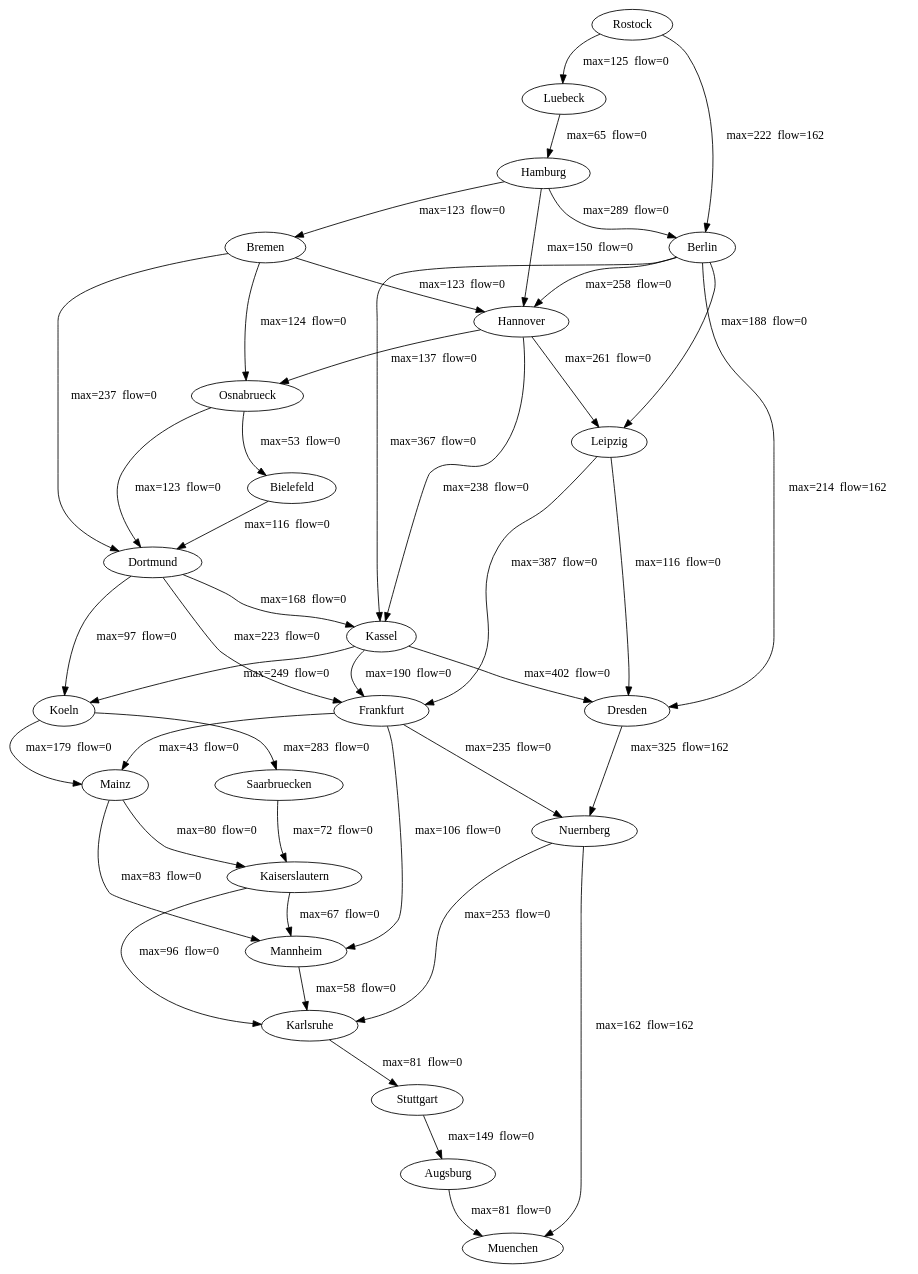
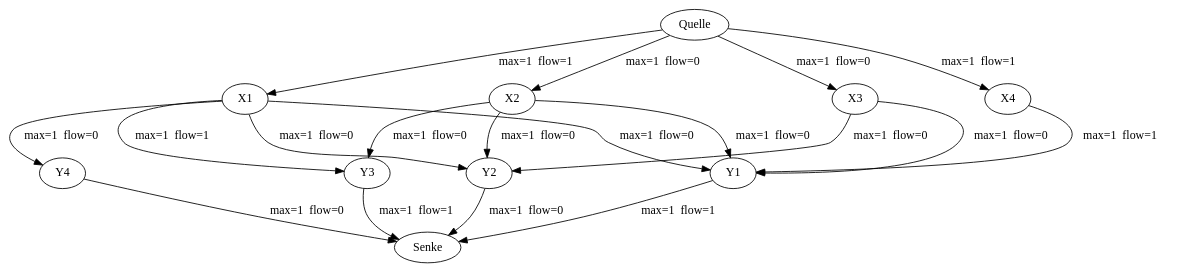
The diagram in zwischenausgabe.dot (MaxPower9001/B-AI3GKAP), drawn with Graphviz before and after one commit. The commit also changed 8 other files, not shown here.

```diff
--- a/zwischenausgabe.dot
+++ b/zwischenausgabe.dot
@@ -1,70 +1,31 @@
 digraph zwischenausgabe
 {
-Augsburg
-Muenchen
-Berlin
-Dresden
-Hannover
-Kassel
-Leipzig
-Bielefeld
-Dortmund
-Bremen
-Osnabrueck
-Frankfurt
-Koeln
-Nuernberg
-Mainz
-Mannheim
-Hamburg
-Kaiserslautern
-Karlsruhe
-Stuttgart
-Saarbruecken
-Luebeck
-Rostock
-Augsburg -> Muenchen [label="max=81  flow=0  "]
-Berlin -> Dresden [label="max=214  flow=162  "]
-Berlin -> Hannover [label="max=258  flow=0  "]
-Berlin -> Kassel [label="max=367  flow=0  "]
-Berlin -> Leipzig [label="max=188  flow=0  "]
-Dresden -> Nuernberg [label="max=325  flow=162  "]
-Hannover -> Kassel [label="max=238  flow=0  "]
-Hannover -> Leipzig [label="max=261  flow=0  "]
-Hannover -> Osnabrueck [label="max=137  flow=0  "]
-Kassel -> Dresden [label="max=402  flow=0  "]
-Kassel -> Frankfurt [label="max=190  flow=0  "]
-Kassel -> Koeln [label="max=249  flow=0  "]
-Leipzig -> Dresden [label="max=116  flow=0  "]
-Leipzig -> Frankfurt [label="max=387  flow=0  "]
-Bielefeld -> Dortmund [label="max=116  flow=0  "]
-Dortmund -> Kassel [label="max=168  flow=0  "]
-Dortmund -> Frankfurt [label="max=223  flow=0  "]
-Dortmund -> Koeln [label="max=97  flow=0  "]
-Bremen -> Hannover [label="max=123  flow=0  "]
-Bremen -> Dortmund [label="max=237  flow=0  "]
-Bremen -> Osnabrueck [label="max=124  flow=0  "]
-Osnabrueck -> Bielefeld [label="max=53  flow=0  "]
-Osnabrueck -> Dortmund [label="max=123  flow=0  "]
-Frankfurt -> Nuernberg [label="max=235  flow=0  "]
-Frankfurt -> Mainz [label="max=43  flow=0  "]
-Frankfurt -> Mannheim [label="max=106  flow=0  "]
-Koeln -> Mainz [label="max=179  flow=0  "]
-Koeln -> Saarbruecken [label="max=283  flow=0  "]
-Nuernberg -> Muenchen [label="max=162  flow=162  "]
-Nuernberg -> Karlsruhe [label="max=253  flow=0  "]
-Mainz -> Mannheim [label="max=83  flow=0  "]
-Mainz -> Kaiserslautern [label="max=80  flow=0  "]
-Mannheim -> Karlsruhe [label="max=58  flow=0  "]
-Hamburg -> Berlin [label="max=289  flow=0  "]
-Hamburg -> Hannover [label="max=150  flow=0  "]
-Hamburg -> Bremen [label="max=123  flow=0  "]
-Kaiserslautern -> Mannheim [label="max=67  flow=0  "]
-Kaiserslautern -> Karlsruhe [label="max=96  flow=0  "]
-Karlsruhe -> Stuttgart [label="max=81  flow=0  "]
-Stuttgart -> Augsburg [label="max=149  flow=0  "]
-Saarbruecken -> Kaiserslautern [label="max=72  flow=0  "]
-Luebeck -> Hamburg [label="max=65  flow=0  "]
-Rostock -> Berlin [label="max=222  flow=162  "]
-Rostock -> Luebeck [label="max=125  flow=0  "]
+Quelle
+X1
+X2
+X3
+X4
+Y1
+Y2
+Y3
+Y4
+Senke
+Quelle -> X1 [label="max=1  flow=1  "]
+Quelle -> X2 [label="max=1  flow=0  "]
+Quelle -> X3 [label="max=1  flow=0  "]
+Quelle -> X4 [label="max=1  flow=1  "]
+X1 -> Y1 [label="max=1  flow=0  "]
+X1 -> Y2 [label="max=1  flow=0  "]
+X1 -> Y3 [label="max=1  flow=1  "]
+X1 -> Y4 [label="max=1  flow=0  "]
+X2 -> Y1 [label="max=1  flow=0  "]
+X2 -> Y2 [label="max=1  flow=0  "]
+X2 -> Y3 [label="max=1  flow=0  "]
+X3 -> Y1 [label="max=1  flow=0  "]
+X3 -> Y2 [label="max=1  flow=0  "]
+X4 -> Y1 [label="max=1  flow=1  "]
+Y1 -> Senke [label="max=1  flow=1  "]
+Y2 -> Senke [label="max=1  flow=0  "]
+Y3 -> Senke [label="max=1  flow=1  "]
+Y4 -> Senke [label="max=1  flow=0  "]
 }
```
